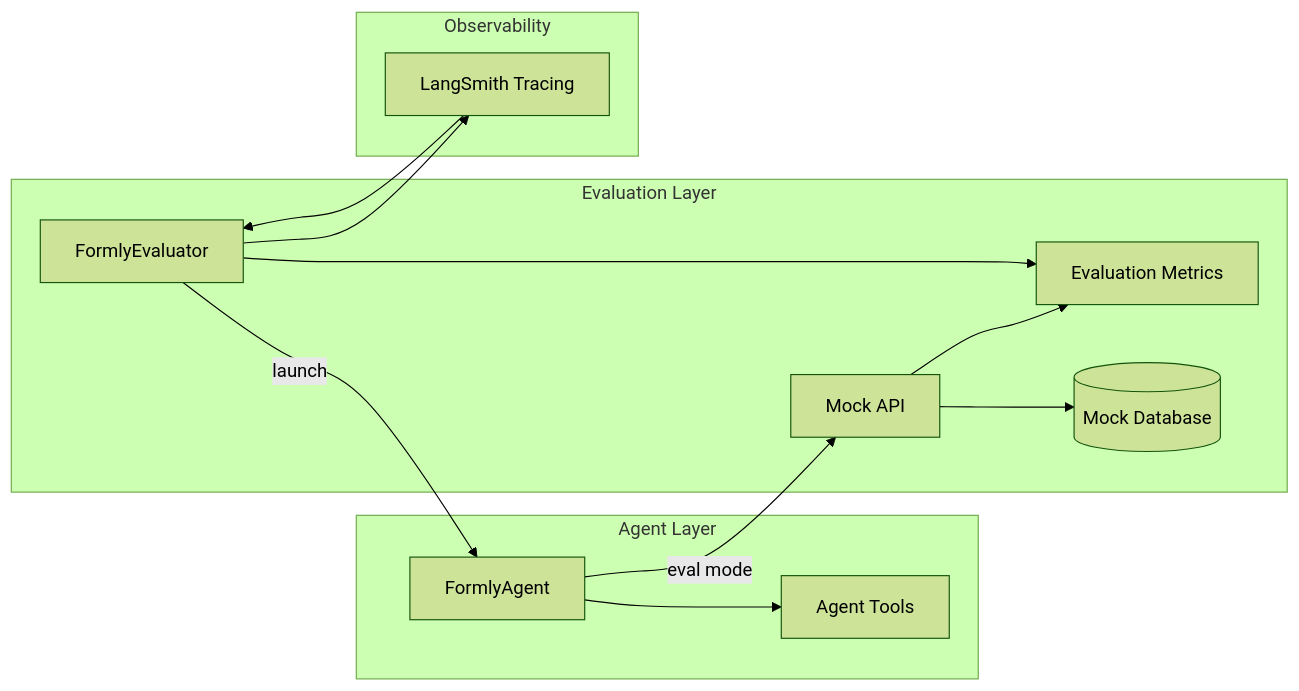
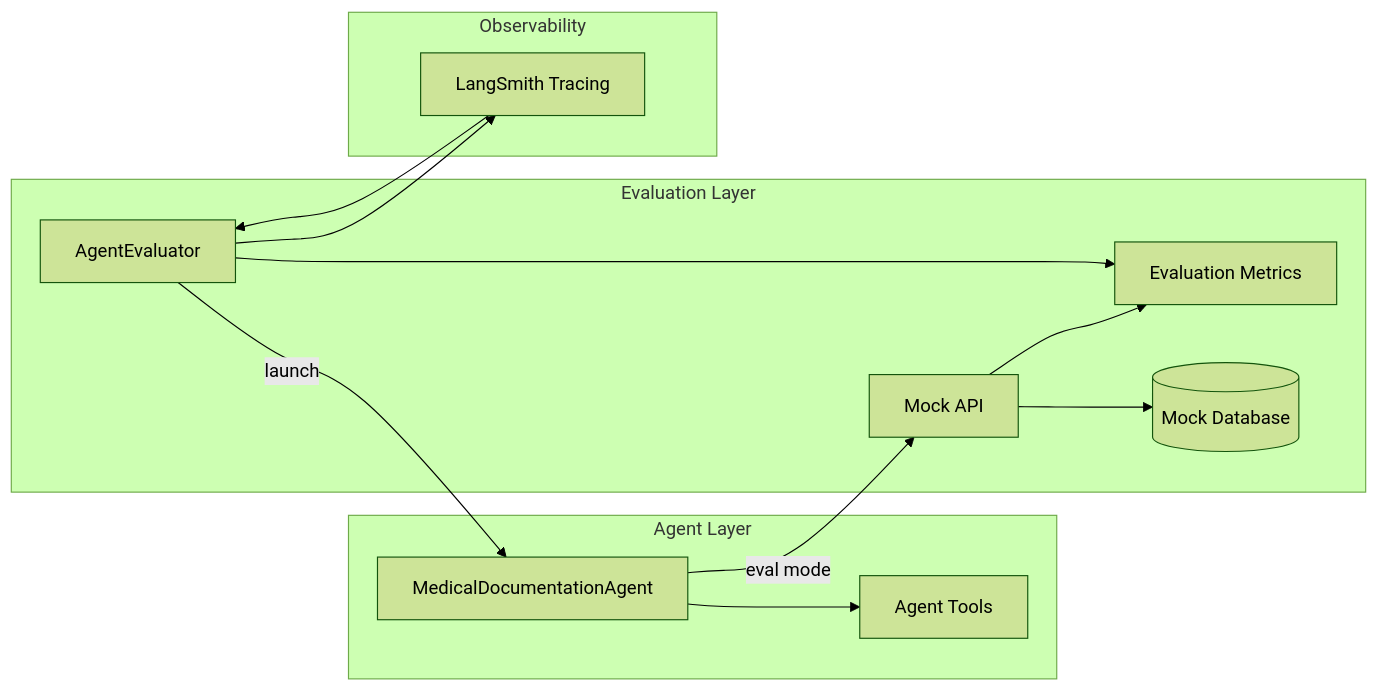
The first of 2 diagrams in Documentation/EVALUATION_LAYER.md (deepyad/Medical_Documentation_Agents), drawn with Mermaid (forest theme) before and after one commit. The commit also changed other lines of this file and 14 other files, not shown here.

````diff
--- a/Documentation/EVALUATION_LAYER.md
+++ b/Documentation/EVALUATION_LAYER.md
@@ -17,27 +17,27 @@
 ```mermaid
 graph LR
     subgraph "Agent Layer"
-        Agent[FormlyAgent]
+        Agent[MedicalDocumentationAgent]
         Tools[Agent Tools]
     end
 
     subgraph "Evaluation Layer"
-        Evaluator[FormlyEvaluator]
+        Evaluator[AgentEvaluator]
         MockAPI[Mock API]
         MockDB[(Mock Database)]
         Metrics[Evaluation Metrics]
     end
 
     subgraph "Observability"
         LangSmith[LangSmith Tracing]
     end
 
     Agent --> Tools
     Evaluator -->|launch| Agent
     Agent -->|eval mode| MockAPI
     MockAPI --> MockDB
     MockAPI --> Metrics
     Evaluator --> Metrics
     Evaluator --> LangSmith
     LangSmith --> Evaluator
 ```
````
